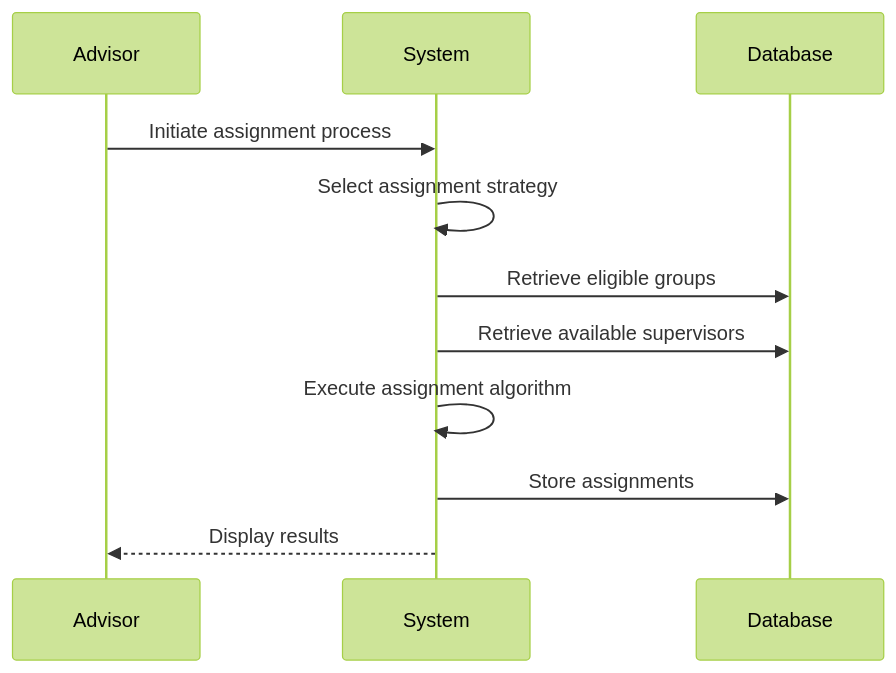
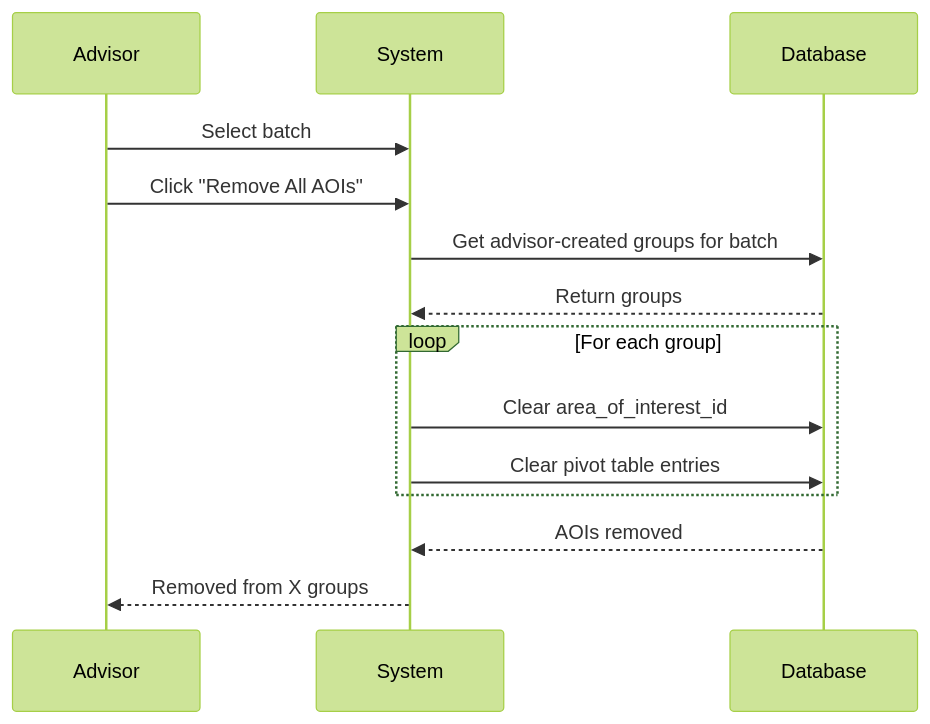
Diagram 25 of 42 in sequence.md (abdullah2323442/thesisrepo-backup), drawn with Mermaid (forest theme) before and after one commit. The commit also changed other lines of this file, not shown here.

````diff
--- a/sequence.md
+++ b/sequence.md
@@ -515,14 +654,20 @@
 ```mermaid
 sequenceDiagram
     participant Advisor
     participant System
     participant Database
 
-    Advisor->>System: Initiate assignment process
-    System->>System: Select assignment strategy
-    System->>Database: Retrieve eligible groups
-    System->>Database: Retrieve available supervisors
-    System->>System: Execute assignment algorithm
-    System->>Database: Store assignments
-    System-->>Advisor: Display results
+    Advisor->>System: Select batch
+    Advisor->>System: Click "Remove All AOIs"
+    
+    System->>Database: Get advisor-created groups for batch
+    Database-->>System: Return groups
+    
+    loop For each group
+        System->>Database: Clear area_of_interest_id
+        System->>Database: Clear pivot table entries
+    end
+    
+    Database-->>System: AOIs removed
+    System-->>Advisor: Removed from X groups
 ```
````
